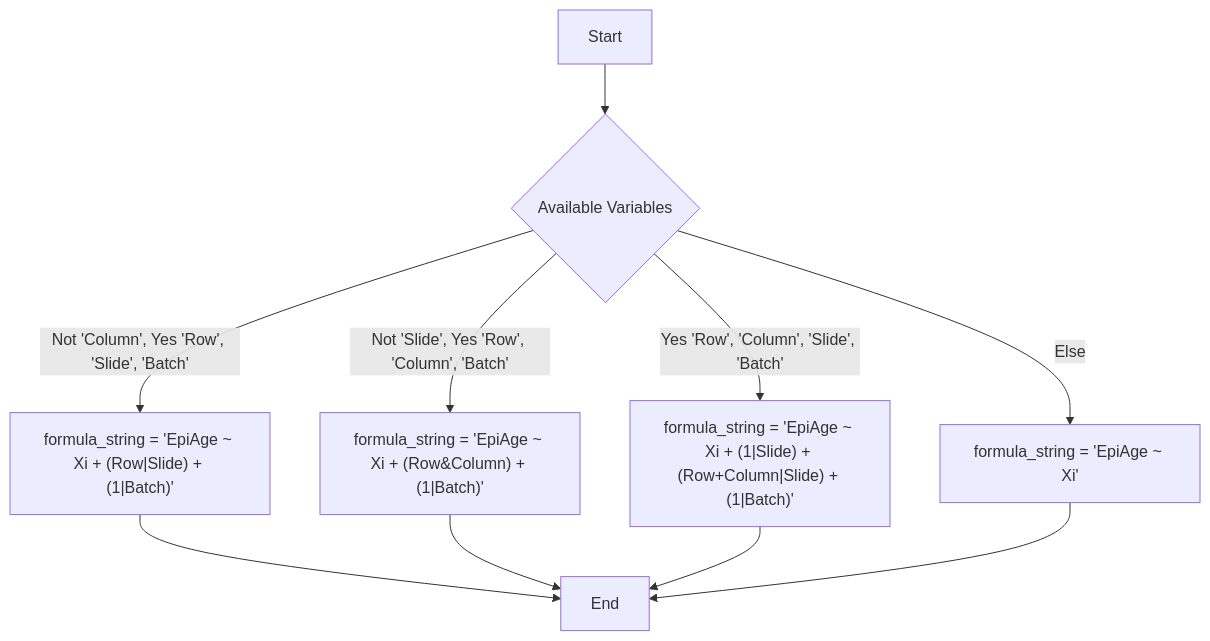
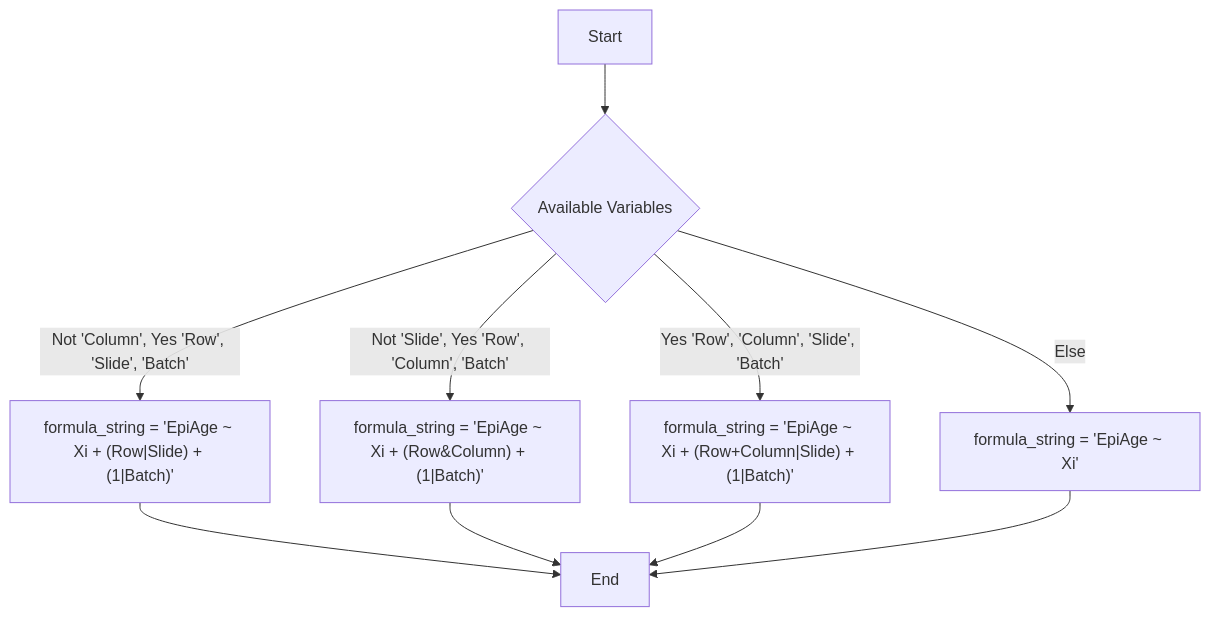
Before and after one commit to CastellaniLab/EpigeneticAgePipeline: the diagram in README.md, drawn with Mermaid.

````diff
--- a/README.md
+++ b/README.md
@@ -123,20 +123,20 @@
 ```mermaid
 graph TD
     A["Start"]
     B{"Available Variables"}
     C["formula_string = 'EpiAge ~ Xi + (Row|Slide) + (1|Batch)'"]
     D["formula_string = 'EpiAge ~ Xi + (Row&Column) + (1|Batch)'"]
-    E["formula_string = 'EpiAge ~ Xi + (1|Slide) + (Row+Column|Slide) + (1|Batch)'"]
+    E["formula_string = 'EpiAge ~ Xi + (Row+Column|Slide) + (1|Batch)'"]
     F["formula_string = 'EpiAge ~ Xi'"]
     G["End"]
  
     A --> B
     B -->|Not 'Column', Yes 'Row', 'Slide', 'Batch'| C
     B -->|Not 'Slide', Yes 'Row', 'Column', 'Batch'| D
     B -->|Yes 'Row', 'Column', 'Slide', 'Batch'| E
     B -->|Else| F
     C --> G
     D --> G
     E --> G
     F --> G
 ```
````
